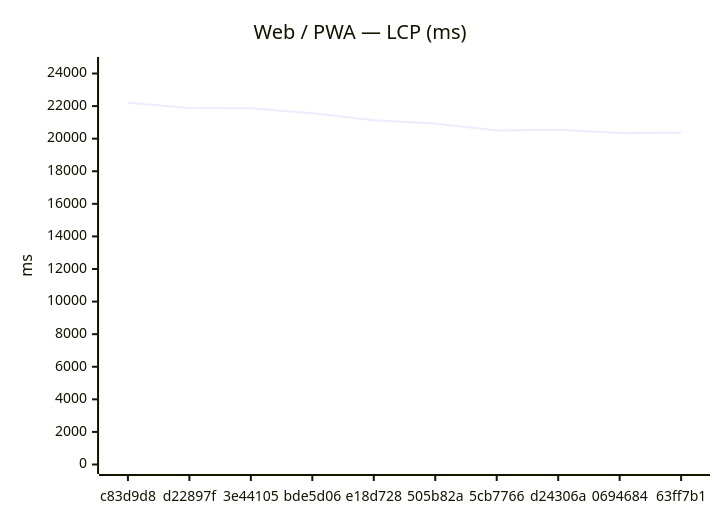
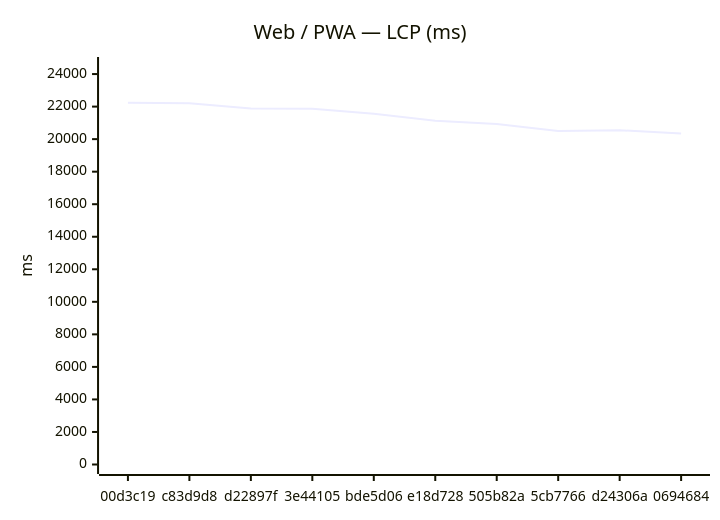
The first of 18 diagrams in benchmarks/compare.md (Metaheurist/Rianell), drawn with Mermaid before and after one commit. The commit also changed other lines of this file and 11 other files, not shown here.

````diff
--- a/benchmarks/compare.md
+++ b/benchmarks/compare.md
@@ -24,7 +24,7 @@
 ```mermaid
 xychart-beta
     title "Web / PWA — LCP (ms)"
-    x-axis ["c83d9d8", "d22897f", "3e44105", "bde5d06", "e18d728", "505b82a", "5cb7766", "d24306a", "0694684", "63ff7b1"]
-    y-axis "ms" 0 --> 24430
-    line [22209, 21878, 21870, 21566, 21132, 20925, 20504, 20549, 20346, 20361]
+    x-axis ["00d3c19", "c83d9d8", "d22897f", "3e44105", "bde5d06", "e18d728", "505b82a", "5cb7766", "d24306a", "0694684"]
+    y-axis "ms" 0 --> 24465
+    line [22240, 22209, 21878, 21870, 21566, 21132, 20925, 20504, 20549, 20346]
 ```
````
